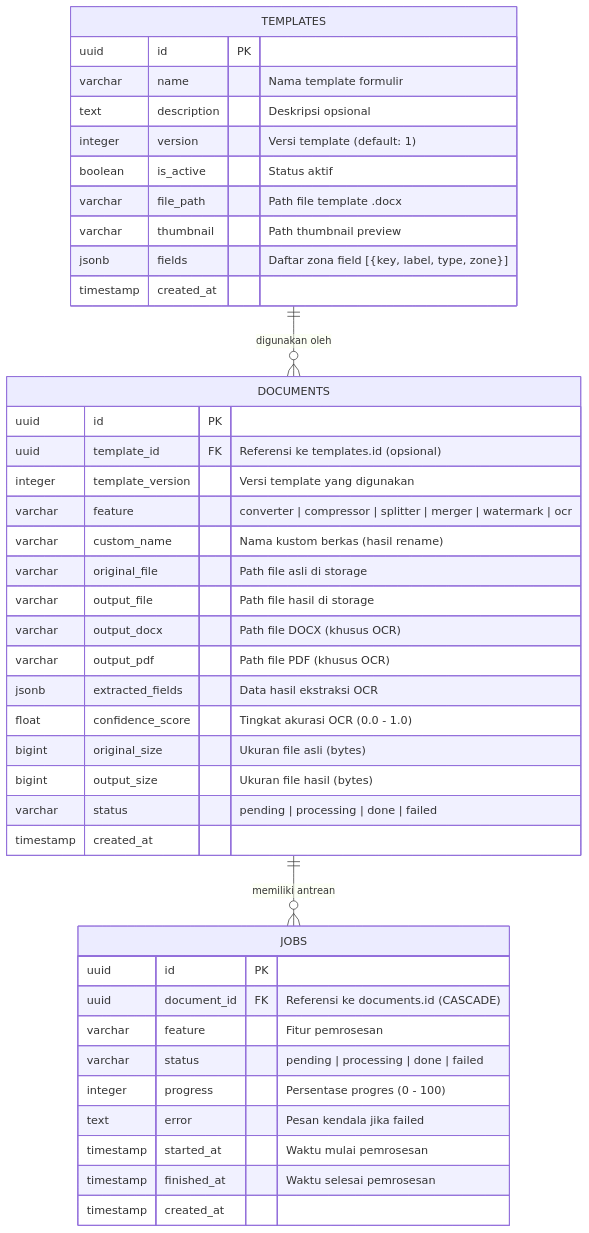
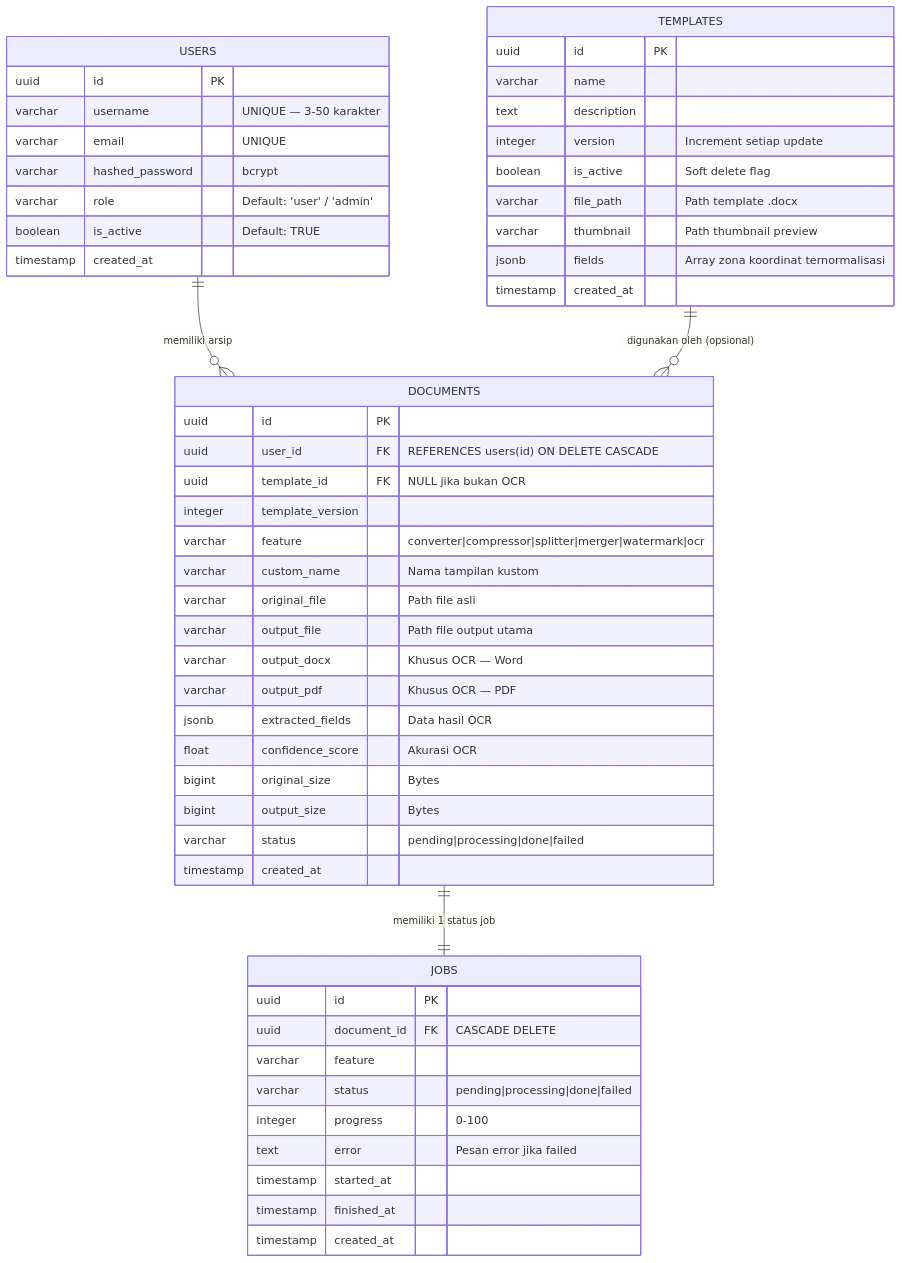
Before and after one commit to Iyaddhh/smartdoc: the third of 3 diagrams in project.md, drawn with Mermaid. The commit also changed other lines of this file and 118 other files, not shown here.

````diff
--- a/project.md
+++ b/project.md
@@ -154,47 +229,58 @@
 ```mermaid
 erDiagram
-    TEMPLATES ||--o{ DOCUMENTS : "digunakan oleh"
-    DOCUMENTS ||--o{ JOBS : "memiliki antrean"
-
-    TEMPLATES {
+    USERS ||--o{ DOCUMENTS : "memiliki arsip"
+    USERS {
         uuid id PK
-        varchar name "Nama template formulir"
-        text description "Deskripsi opsional"
-        integer version "Versi template (default: 1)"
-        boolean is_active "Status aktif"
-        varchar file_path "Path file template .docx"
-        varchar thumbnail "Path thumbnail preview"
-        jsonb fields "Daftar zona field [{key, label, type, zone}]"
+        varchar username "UNIQUE — 3-50 karakter"
+        varchar email "UNIQUE"
+        varchar hashed_password "bcrypt"
+        varchar role "Default: 'user' / 'admin'"
+        boolean is_active "Default: TRUE"
         timestamp created_at
     }
 
+    TEMPLATES ||--o{ DOCUMENTS : "digunakan oleh (opsional)"
+    TEMPLATES {
+        uuid id PK
+        varchar name
+        text description
+        integer version "Increment setiap update"
+        boolean is_active "Soft delete flag"
+        varchar file_path "Path template .docx"
+        varchar thumbnail "Path thumbnail preview"
+        jsonb fields "Array zona koordinat ternormalisasi"
+        timestamp created_at
+    }
+
+    DOCUMENTS ||--|| JOBS : "memiliki 1 status job"
     DOCUMENTS {
         uuid id PK
-        uuid template_id FK "Referensi ke templates.id (opsional)"
-        integer template_version "Versi template yang digunakan"
-        varchar feature "converter | compressor | splitter | merger | watermark | ocr"
-        varchar custom_name "Nama kustom berkas (hasil rename)"
-        varchar original_file "Path file asli di storage"
-        varchar output_file "Path file hasil di storage"
-        varchar output_docx "Path file DOCX (khusus OCR)"
-        varchar output_pdf "Path file PDF (khusus OCR)"
-        jsonb extracted_fields "Data hasil ekstraksi OCR"
-        float confidence_score "Tingkat akurasi OCR (0.0 - 1.0)"
-        bigint original_size "Ukuran file asli (bytes)"
-        bigint output_size "Ukuran file hasil (bytes)"
-        varchar status "pending | processing | done | failed"
+        uuid user_id FK "REFERENCES users(id) ON DELETE CASCADE"
+        uuid template_id FK "NULL jika bukan OCR"
+        integer template_version
+        varchar feature "converter|compressor|splitter|merger|watermark|ocr"
+        varchar custom_name "Nama tampilan kustom"
+        varchar original_file "Path file asli"
+        varchar output_file "Path file output utama"
+        varchar output_docx "Khusus OCR — Word"
+        varchar output_pdf "Khusus OCR — PDF"
+        jsonb extracted_fields "Data hasil OCR"
+        float confidence_score "Akurasi OCR"
+        bigint original_size "Bytes"
+        bigint output_size "Bytes"
+        varchar status "pending|processing|done|failed"
         timestamp created_at
     }
 
     JOBS {
         uuid id PK
-        uuid document_id FK "Referensi ke documents.id (CASCADE)"
-        varchar feature "Fitur pemrosesan"
-        varchar status "pending | processing | done | failed"
-        integer progress "Persentase progres (0 - 100)"
-        text error "Pesan kendala jika failed"
-        timestamp started_at "Waktu mulai pemrosesan"
-        timestamp finished_at "Waktu selesai pemrosesan"
+        uuid document_id FK "CASCADE DELETE"
+        varchar feature
+        varchar status "pending|processing|done|failed"
+        integer progress "0-100"
+        text error "Pesan error jika failed"
+        timestamp started_at
+        timestamp finished_at
         timestamp created_at
     }
 ```
````
